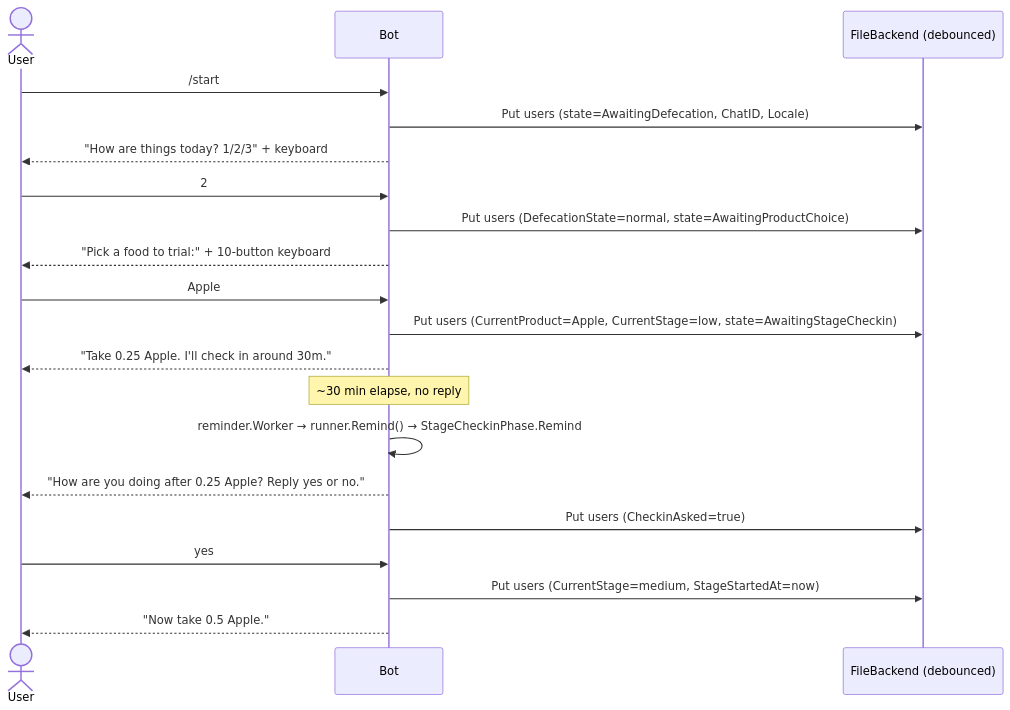
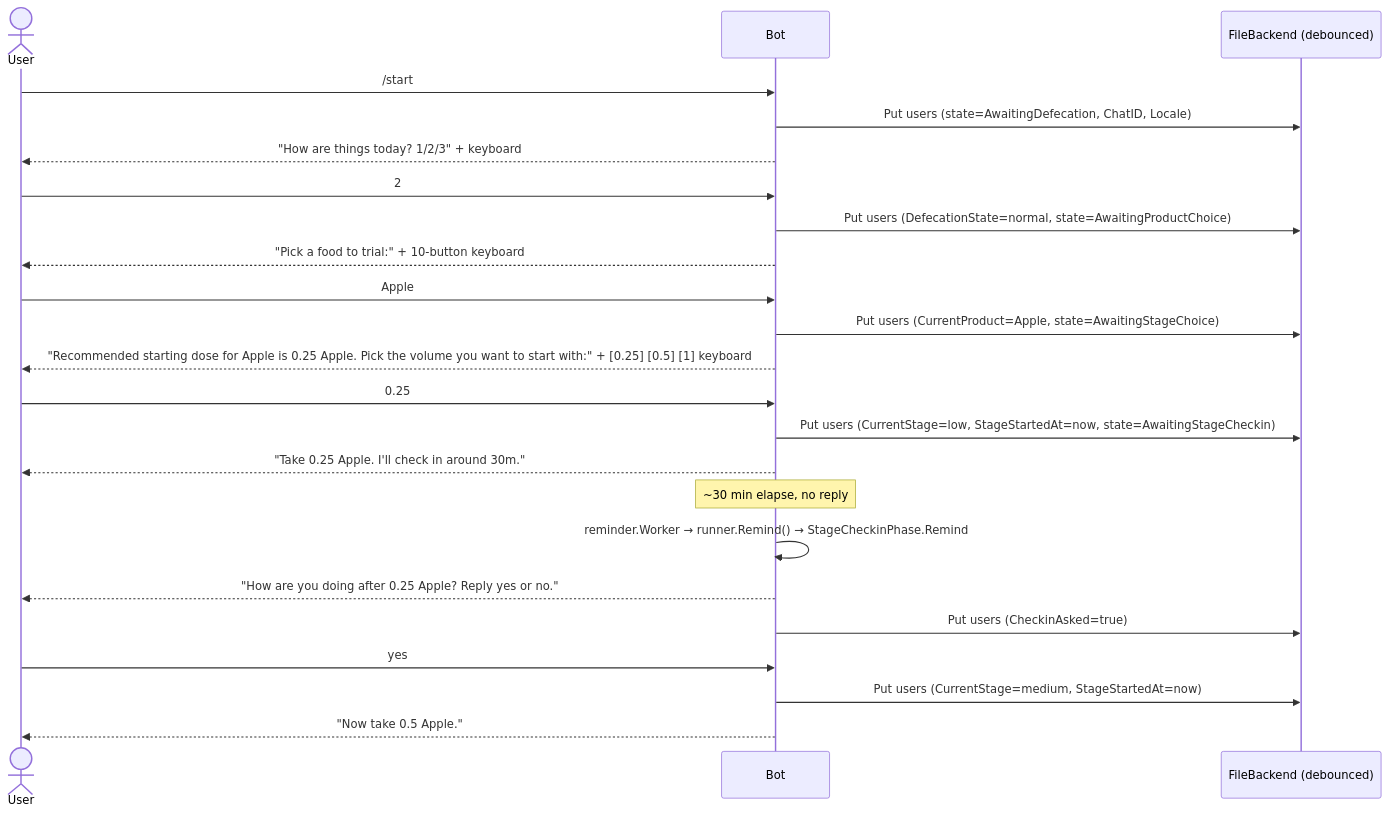
One commit to padington/tgbase changed the second of 2 diagrams in README.md. Above: the diagram before and after it, drawn with Mermaid. The commit also changed other lines of this file, not shown here.

Commit message:
docs: reflect new stage-choice step in README diagrams
Adds AwaitingStageChoice as the new node between product choice and
stage check-in in the state diagram, and shows the recommended-dose
prompt + amount-button selection in the happy-path sequence diagram.

````diff
--- a/README.md
+++ b/README.md
@@ -53,28 +55,32 @@
 ```mermaid
 sequenceDiagram
     actor User
     participant Bot
     participant Backend as FileBackend (debounced)
 
     User->>Bot: /start
     Bot->>Backend: Put users (state=AwaitingDefecation, ChatID, Locale)
     Bot-->>User: "How are things today? 1/2/3" + keyboard
 
     User->>Bot: 2
     Bot->>Backend: Put users (DefecationState=normal, state=AwaitingProductChoice)
     Bot-->>User: "Pick a food to trial:" + 10-button keyboard
 
     User->>Bot: Apple
-    Bot->>Backend: Put users (CurrentProduct=Apple, CurrentStage=low, state=AwaitingStageCheckin)
+    Bot->>Backend: Put users (CurrentProduct=Apple, state=AwaitingStageChoice)
+    Bot-->>User: "Recommended starting dose for Apple is 0.25 Apple. Pick the volume you want to start with:" + [0.25] [0.5] [1] keyboard
+
+    User->>Bot: 0.25
+    Bot->>Backend: Put users (CurrentStage=low, StageStartedAt=now, state=AwaitingStageCheckin)
     Bot-->>User: "Take 0.25 Apple. I'll check in around 30m."
 
     Note over Bot: ~30 min elapse, no reply
 
     Bot->>Bot: reminder.Worker → runner.Remind() → StageCheckinPhase.Remind
     Bot-->>User: "How are you doing after 0.25 Apple? Reply yes or no."
     Bot->>Backend: Put users (CheckinAsked=true)
 
     User->>Bot: yes
     Bot->>Backend: Put users (CurrentStage=medium, StageStartedAt=now)
     Bot-->>User: "Now take 0.5 Apple."
 ```
````
